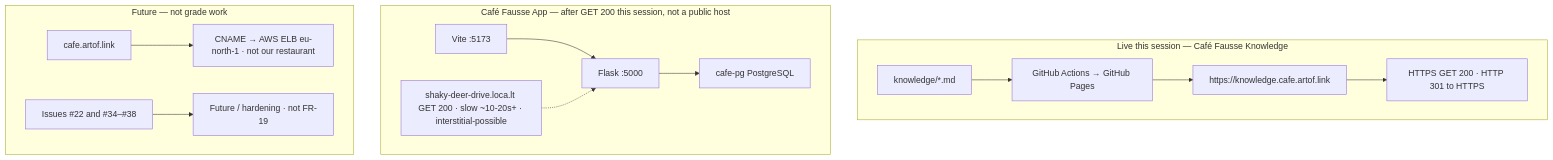
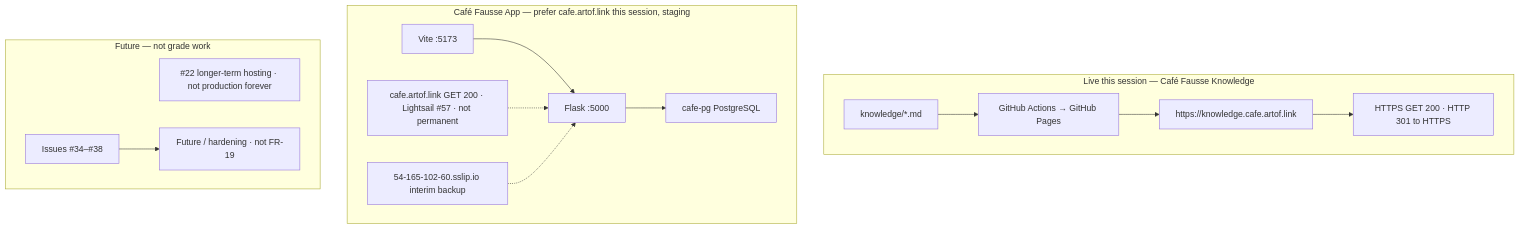
One commit to artofdream/aea-interactive-design changed the diagram in knowledge/friday-plan.md. Above: the diagram before and after it, drawn with Mermaid. The commit also changed other lines of this file and 11 other files, not shown here.

First line of the commit message:
docs(knowledge): prefer cafe.artof.link live share; demote shaky-deer (#64)

````diff
--- a/knowledge/friday-plan.md
+++ b/knowledge/friday-plan.md
@@ -70,17 +71,18 @@
 ```mermaid
 flowchart TB
   subgraph LIVE["Live this session — Café Fausse Knowledge"]
     MD["knowledge/*.md"] --> BUILD["GitHub Actions → GitHub Pages"]
     BUILD --> KH["https://knowledge.cafe.artof.link"]
     KH --> OK["HTTPS GET 200 · HTTP 301 to HTTPS"]
   end
-  subgraph APP["Café Fausse App — after GET 200 this session, not a public host"]
+  subgraph APP["Café Fausse App — prefer cafe.artof.link this session, staging"]
     VITE["Vite :5173"] --> FLASK["Flask :5000"]
     FLASK --> PG["cafe-pg PostgreSQL"]
-    TUN["shaky-deer-drive.loca.lt GET 200 · slow ~10-20s+ · interstitial-possible"] -.-> FLASK
+    SHARE["cafe.artof.link GET 200 · Lightsail #57 · not permanent"] -.-> FLASK
+    BAK["54-165-102-60.sslip.io interim backup"] -.-> FLASK
   end
   subgraph FUT["Future — not grade work"]
-    CAFE["cafe.artof.link"] --> ELB["CNAME → AWS ELB eu-north-1 · not our restaurant"]
-    FS["Issues #22 and #34–#38"] --> PARK["Future / hardening · not FR-19"]
+    HOST["#22 longer-term hosting · not production forever"]
+    FS["Issues #34–#38"] --> PARK["Future / hardening · not FR-19"]
   end
 ```
````
